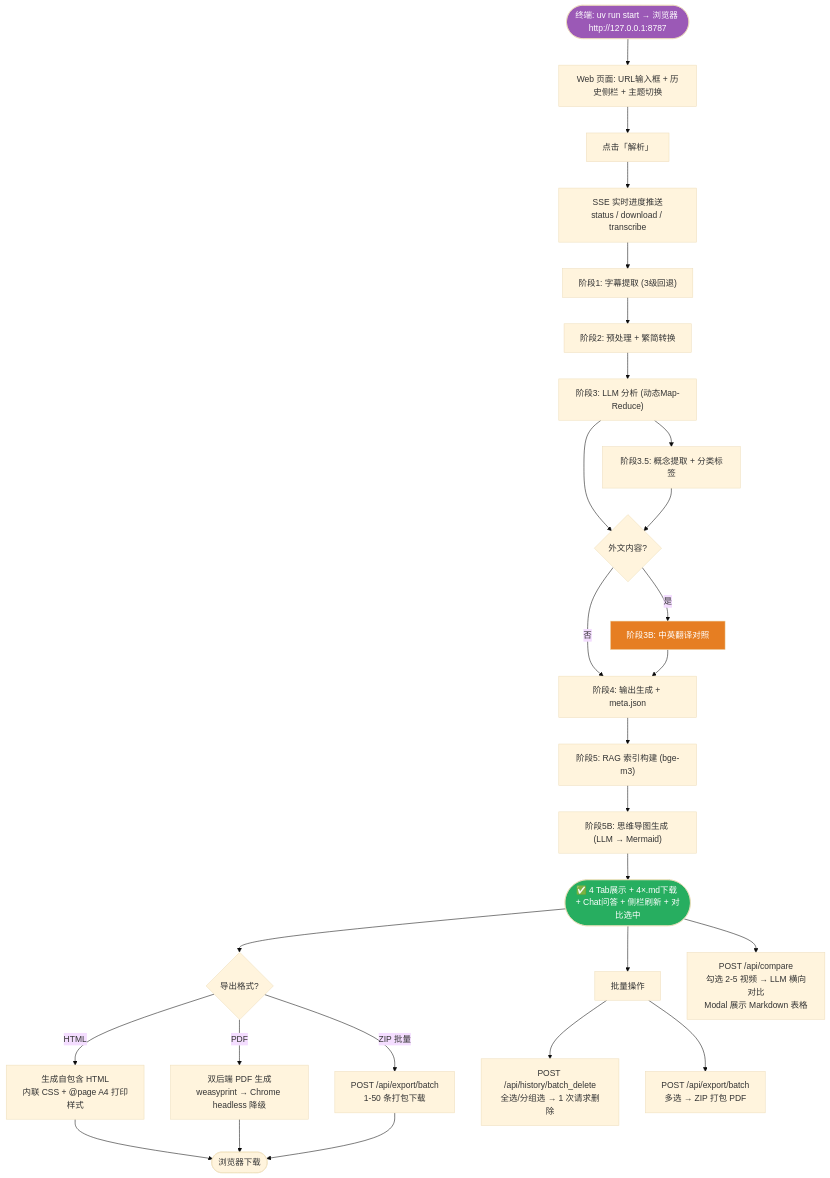
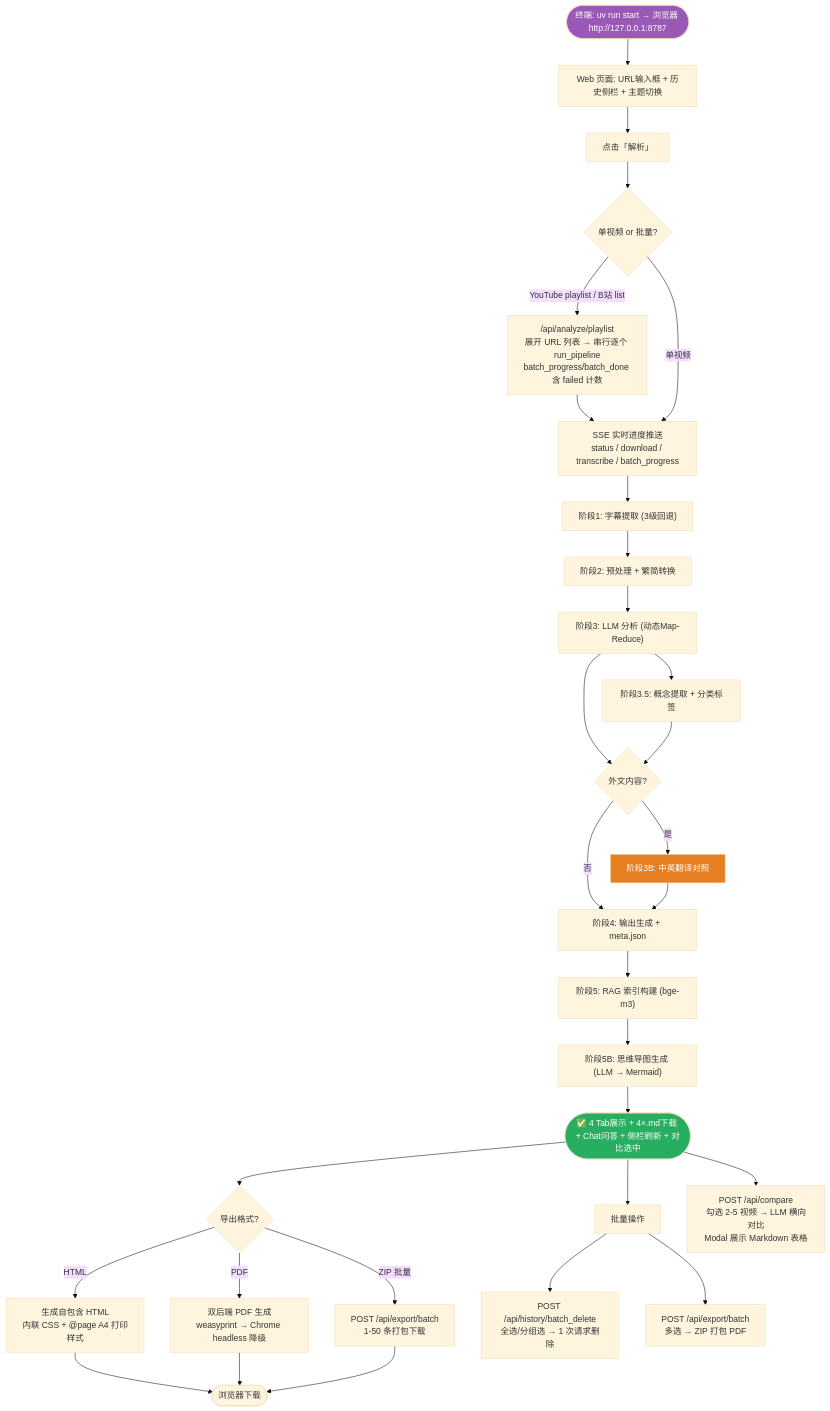
Before and after one commit to zoneby-Alex/scan: the first of 9 diagrams in 迭代文档/流程图.md, drawn with Mermaid (base theme). The commit also changed other lines of this file and 4 other files, not shown here.

First line of the commit message:
Update iteration docs for B站 list batch parsing + failure tracking

````diff
--- a/迭代文档/流程图.md
+++ b/迭代文档/流程图.md
@@ -7,40 +7,43 @@
 ```mermaid
 flowchart TD
     START(["终端: uv run start → 浏览器 http://127.0.0.1:8787"]) --> UI["Web 页面: URL输入框 + 历史侧栏 + 主题切换"]
     UI --> CLICK["点击「解析」"]
-    CLICK --> SSE["SSE 实时进度推送<br/>status / download / transcribe"]
+    CLICK --> URLTYPE{"单视频 or 批量?"}
+    URLTYPE -->|"YouTube playlist / B站 list"| BATCH_PARSE["/api/analyze/playlist<br/>展开 URL 列表 → 串行逐个 run_pipeline<br/>batch_progress/batch_done 含 failed 计数"]
+    BATCH_PARSE --> SSE["SSE 实时进度推送<br/>status / download / transcribe / batch_progress"]
+    URLTYPE -->|"单视频"| SSE
     
     SSE --> P1["阶段1: 字幕提取 (3级回退)"]
     P1 --> P2["阶段2: 预处理 + 繁简转换"]
     P2 --> P3["阶段3: LLM 分析 (动态Map-Reduce)"]
     P3 --> P3B{"外文内容?"}
     P3B -->|"是"| TRANS["阶段3B: 中英翻译对照"]
     P3 --> P3_5["阶段3.5: 概念提取 + 分类标签"]
     P3_5 --> P3B
     P3B -->|"否"| P4
     TRANS --> P4["阶段4: 输出生成 + meta.json"]
     P4 --> P5["阶段5: RAG 索引构建 (bge-m3)"]
     P5 --> P5B["阶段5B: 思维导图生成 (LLM → Mermaid)"]
     P5B --> DONE(["✅ 4 Tab展示 + 4×.md下载 + Chat问答 + 侧栏刷新 + 对比选中"])
     
     %% 导出分支
     DONE --> EXPORT{"导出格式?"}
     EXPORT -->|"HTML"| EXP_HTML["生成自包含 HTML\n内联 CSS + @page A4 打印样式"]
     EXPORT -->|"PDF"| EXP_PDF["双后端 PDF 生成\nweasyprint → Chrome headless 降级"]
     EXPORT -->|"ZIP 批量"| EXP_BATCH["POST /api/export/batch\n1-50 条打包下载"]
     EXP_HTML --> EXP_OUT
     EXP_PDF --> EXP_OUT
     EXP_BATCH --> EXP_OUT(["浏览器下载"])
     
     %% 批量操作
     DONE --> BULK["批量操作"]
     BULK --> B_DEL["POST /api/history/batch_delete\n全选/分组选 → 1 次请求删除"]
     BULK --> B_EXP["POST /api/export/batch\n多选 → ZIP 打包 PDF"]
 
     %% 多视频对比
     DONE --> COMPARE["POST /api/compare\n勾选 2-5 视频 → LLM 横向对比\nModal 展示 Markdown 表格"]
 
     style START fill:#9b59b6,color:#fff
     style DONE fill:#27ae60,color:#fff
     style TRANS fill:#e67e22,color:#fff
 ```
````
